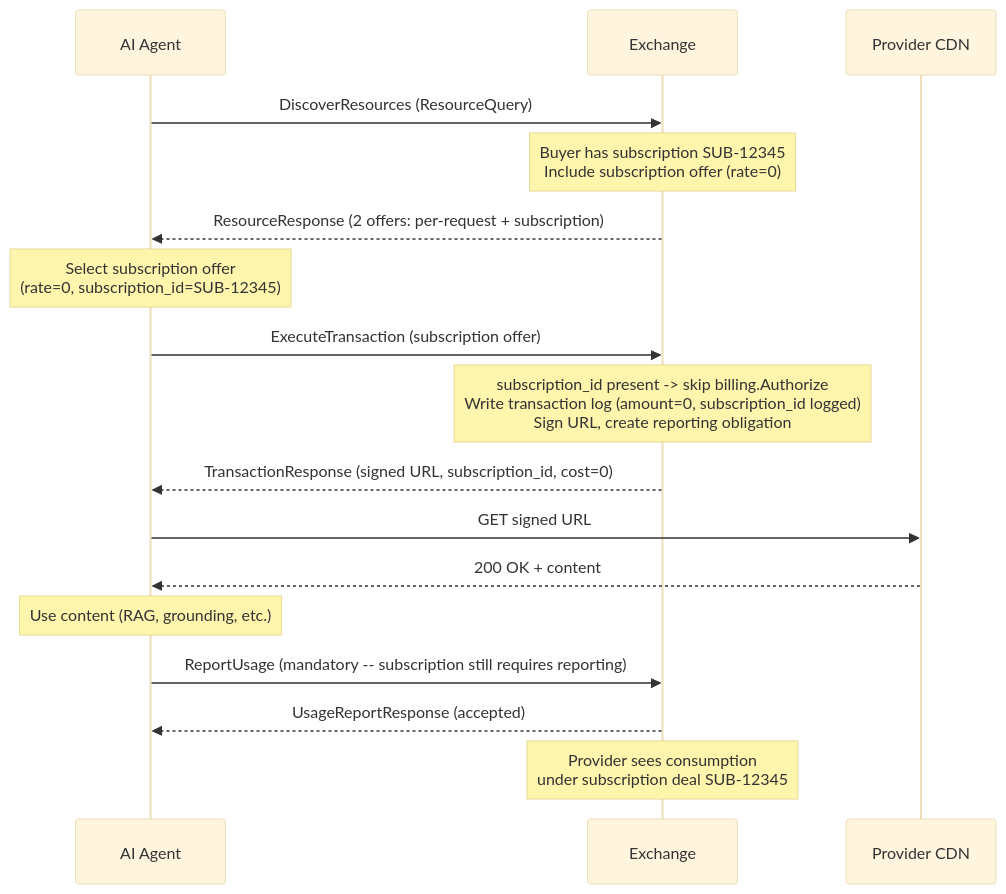
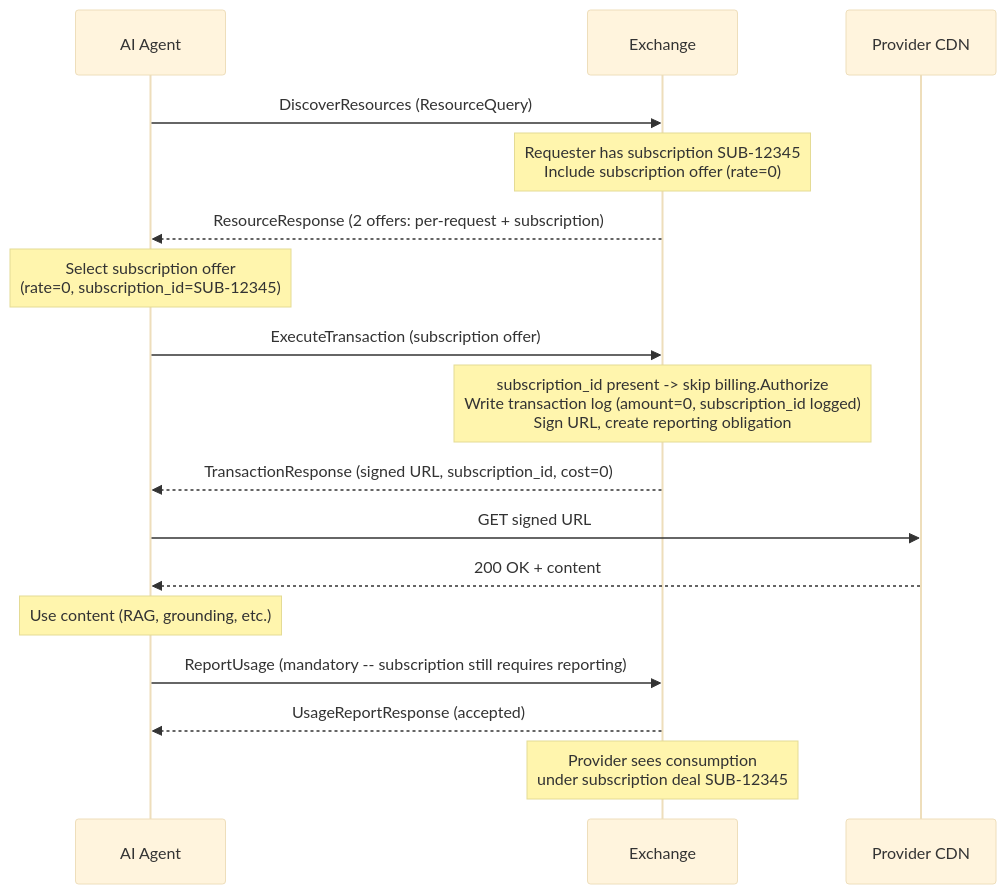
Before and after one commit to RAMP-Protocol/protocol: the sixth of 6 diagrams in website/src/content/docs/protocol/discovery-paths.mdx, drawn with Mermaid (base theme). The commit also changed other lines of this file and 22 other files, not shown here.

````diff
--- a/website/src/content/docs/protocol/discovery-paths.mdx
+++ b/website/src/content/docs/protocol/discovery-paths.mdx
@@ -272,30 +272,30 @@
 ```mermaid
 sequenceDiagram
     participant Agent as AI Agent
     participant MP as Exchange
     participant CDN as Provider CDN
 
     Agent->>MP: DiscoverResources (ResourceQuery)
 
-    Note over MP: Buyer has subscription SUB-12345<br/>Include subscription offer (rate=0)
+    Note over MP: Requester has subscription SUB-12345<br/>Include subscription offer (rate=0)
 
     MP-->>Agent: ResourceResponse (2 offers: per-request + subscription)
 
     Note over Agent: Select subscription offer<br/>(rate=0, subscription_id=SUB-12345)
 
     Agent->>MP: ExecuteTransaction (subscription offer)
 
     Note over MP: subscription_id present -> skip billing.Authorize<br/>Write transaction log (amount=0, subscription_id logged)<br/>Sign URL, create reporting obligation
 
     MP-->>Agent: TransactionResponse (signed URL, subscription_id, cost=0)
 
     Agent->>CDN: GET signed URL
     CDN-->>Agent: 200 OK + content
 
     Note over Agent: Use content (RAG, grounding, etc.)
 
     Agent->>MP: ReportUsage (mandatory -- subscription still requires reporting)
     MP-->>Agent: UsageReportResponse (accepted)
 
     Note over MP: Provider sees consumption<br/>under subscription deal SUB-12345
 ```
````
